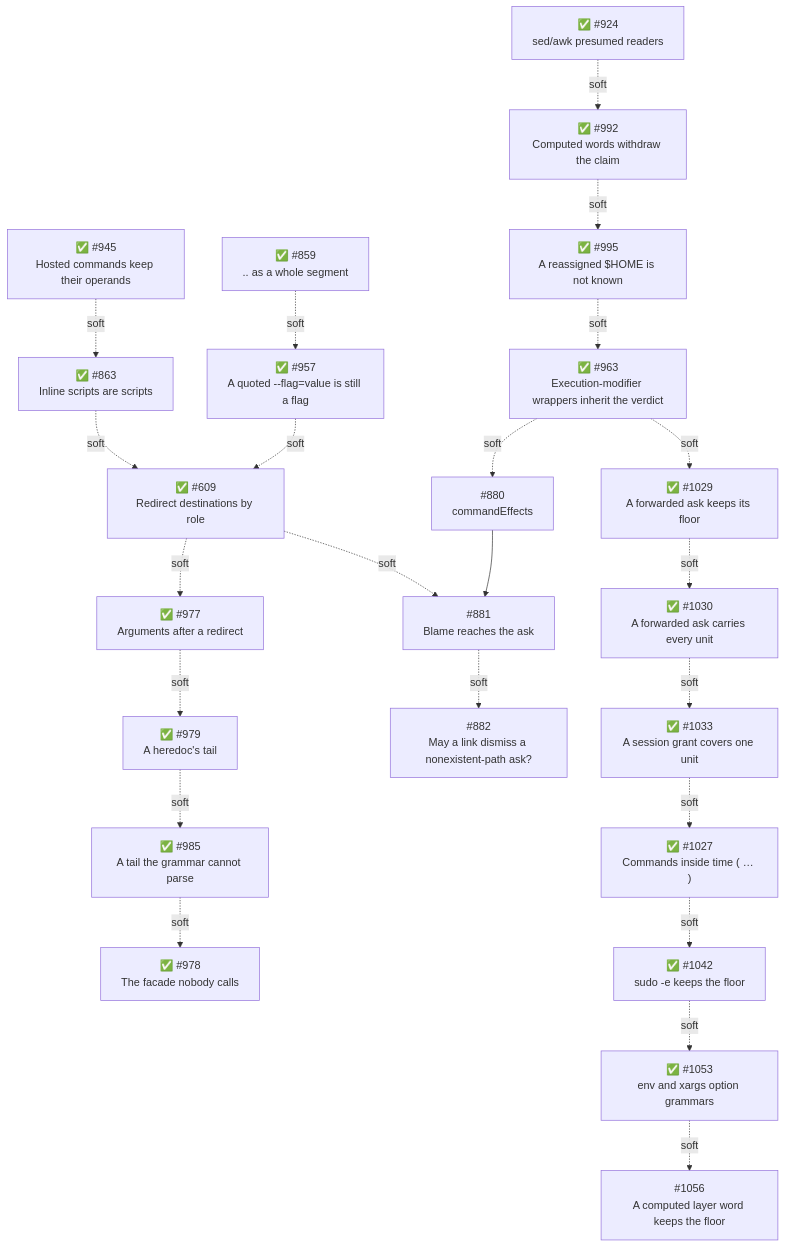
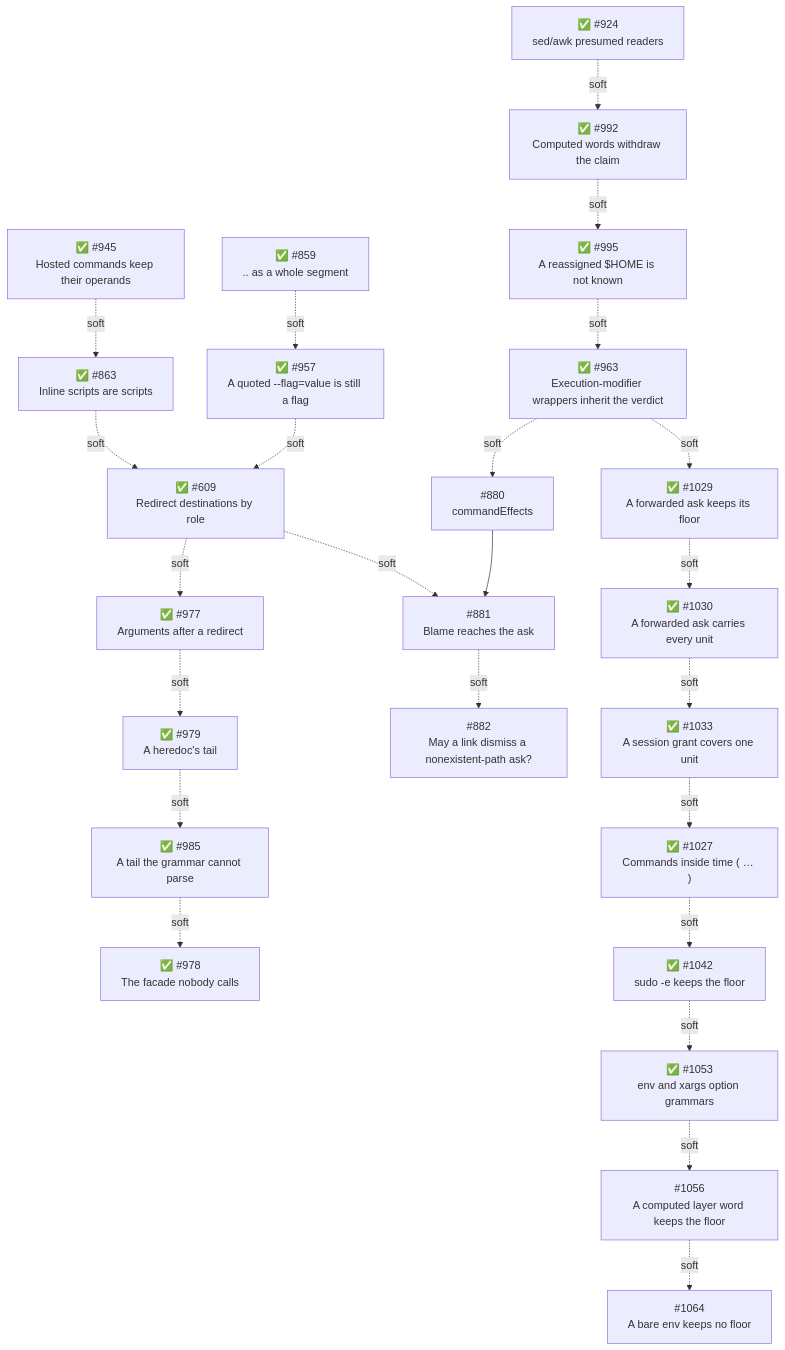
The fourth of 4 diagrams in packages/pi-permission-system/docs/architecture/architecture.md (gotgenes/pi-packages), drawn with Mermaid before and after one commit. The commit also changed other lines of this file, not shown here.

````diff
--- a/packages/pi-permission-system/docs/architecture/architecture.md
+++ b/packages/pi-permission-system/docs/architecture/architecture.md
@@ -1840,25 +1855,26 @@
 ```mermaid
 flowchart TD
     S945["✅ #945<br/>Hosted commands keep their operands"] -.soft.-> S863["✅ #863<br/>Inline scripts are scripts"]
     S863 -.soft.-> S609["✅ #609<br/>Redirect destinations by role"]
     S859["✅ #859<br/>.. as a whole segment"] -.soft.-> S957["✅ #957<br/>A quoted --flag=value is still a flag"]
     S957 -.soft.-> S609
     S924["✅ #924<br/>sed/awk presumed readers"] -.soft.-> S992["✅ #992<br/>Computed words withdraw the claim"]
     S992 -.soft.-> S995["✅ #995<br/>A reassigned $HOME is not known"]
     S995 -.soft.-> S963["✅ #963<br/>Execution-modifier wrappers inherit the verdict"]
     S963 -.soft.-> S1029["✅ #1029<br/>A forwarded ask keeps its floor"]
     S1029 -.soft.-> S1030["✅ #1030<br/>A forwarded ask carries every unit"]
     S1030 -.soft.-> S1033["✅ #1033<br/>A session grant covers one unit"]
     S1033 -.soft.-> S1027["✅ #1027<br/>Commands inside time ( … )"]
     S1027 -.soft.-> S1042["✅ #1042<br/>sudo -e keeps the floor"]
     S1042 -.soft.-> S1053["✅ #1053<br/>env and xargs option grammars"]
     S1053 -.soft.-> S1056["#1056<br/>A computed layer word keeps the floor"]
+    S1056 -.soft.-> S1064["#1064<br/>A bare env keeps no floor"]
     S963 -.soft.-> S880["#880<br/>commandEffects"]
     S880 --> S881["#881<br/>Blame reaches the ask"]
     S609 -.soft.-> S881
     S609 -.soft.-> S977["✅ #977<br/>Arguments after a redirect"]
     S977 -.soft.-> S979["✅ #979<br/>A heredoc's tail"]
     S979 -.soft.-> S985["✅ #985<br/>A tail the grammar cannot parse"]
     S985 -.soft.-> S978["✅ #978<br/>The facade nobody calls"]
     S881 -.soft.-> S882["#882<br/>May a link dismiss a nonexistent-path ask?"]
 ```
````
